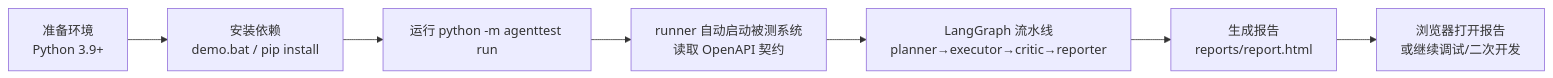
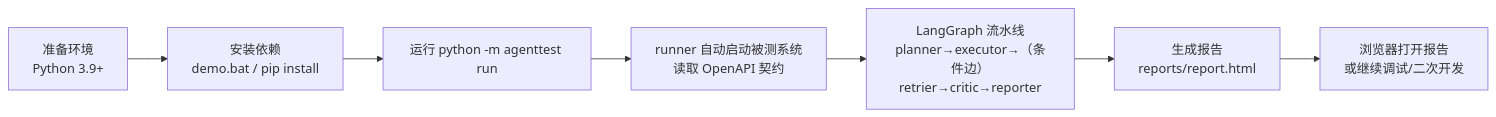
One commit to lefan17/agent-test-hub changed the diagram in docs/操作指南.md. Above: the diagram before and after it, drawn with Mermaid. The commit also changed other lines of this file and 6 other files, not shown here.

Commit message:
feat: 补 retry 条件边，让 LangGraph 有真实回边

````diff
--- a/docs/操作指南.md
+++ b/docs/操作指南.md
@@ -7,9 +7,9 @@
 ```mermaid
 flowchart LR
     A[准备环境<br/>Python 3.9+] --> B[安装依赖<br/>demo.bat / pip install]
     B --> C[运行 python -m agenttest run]
     C --> D[runner 自动启动被测系统<br/>读取 OpenAPI 契约]
-    D --> E[LangGraph 流水线<br/>planner→executor→critic→reporter]
+    D --> E[LangGraph 流水线<br/>planner→executor→（条件边）retrier→critic→reporter]
     E --> F[生成报告<br/>reports/report.html]
     F --> G[浏览器打开报告<br/>或继续调试/二次开发]
 ```
````
